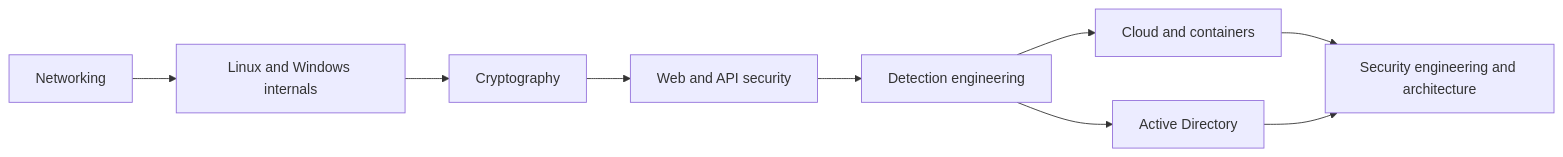
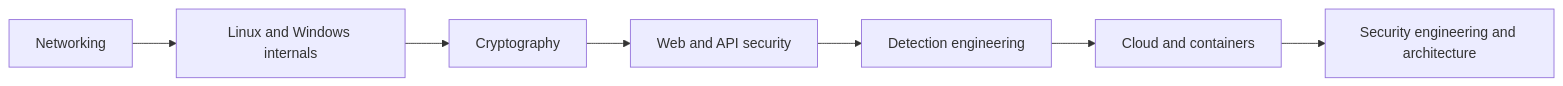
Before and after one commit to rakshit-737/engineering-os: the diagram in 06-Cybersecurity-Toolkit/Security-Engineering-OS.md, drawn with Mermaid. The commit also changed other lines of this file and 92 other files, not shown here.

````diff
--- a/06-Cybersecurity-Toolkit/Security-Engineering-OS.md
+++ b/06-Cybersecurity-Toolkit/Security-Engineering-OS.md
@@ -21,11 +21,9 @@
 ```mermaid
 flowchart LR
   N["Networking"] --> L["Linux and Windows internals"]
   L --> C["Cryptography"]
   C --> W["Web and API security"]
   W --> D["Detection engineering"]
   D --> CL["Cloud and containers"]
-  D --> AD["Active Directory"]
   CL --> SE["Security engineering and architecture"]
-  AD --> SE
 ```
````
